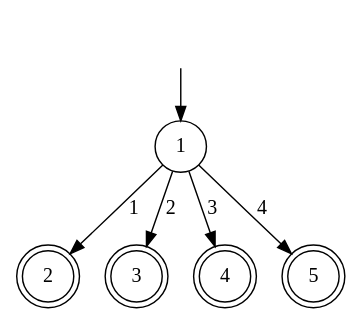
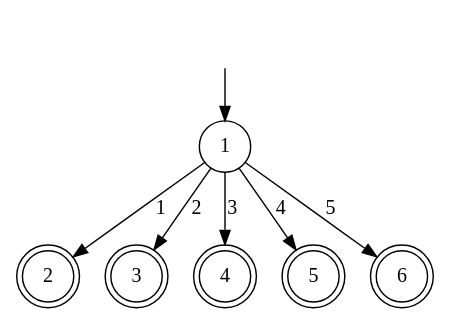
One commit to ihewro/qt-lexical-analyzer changed the diagram in dots/dfa.dot. Above: the diagram before and after it, drawn with Graphviz. The commit also changed 10 other files, not shown here.

```diff
--- a/dots/dfa.dot
+++ b/dots/dfa.dot
@@ -1,14 +1,16 @@
 digraph G{
     ""[shape=none]
     "1"[shape=circle]
     "2"[shape=doublecircle]
     "3"[shape=doublecircle]
     "4"[shape=doublecircle]
     "5"[shape=doublecircle]
+    "6"[shape=doublecircle]
 
     ""->"1"
     "1" -> "2"[label="1"]
     "1" -> "3"[label="2"]
     "1" -> "4"[label="3"]
     "1" -> "5"[label="4"]
+    "1" -> "6"[label="5"]
 }
```
